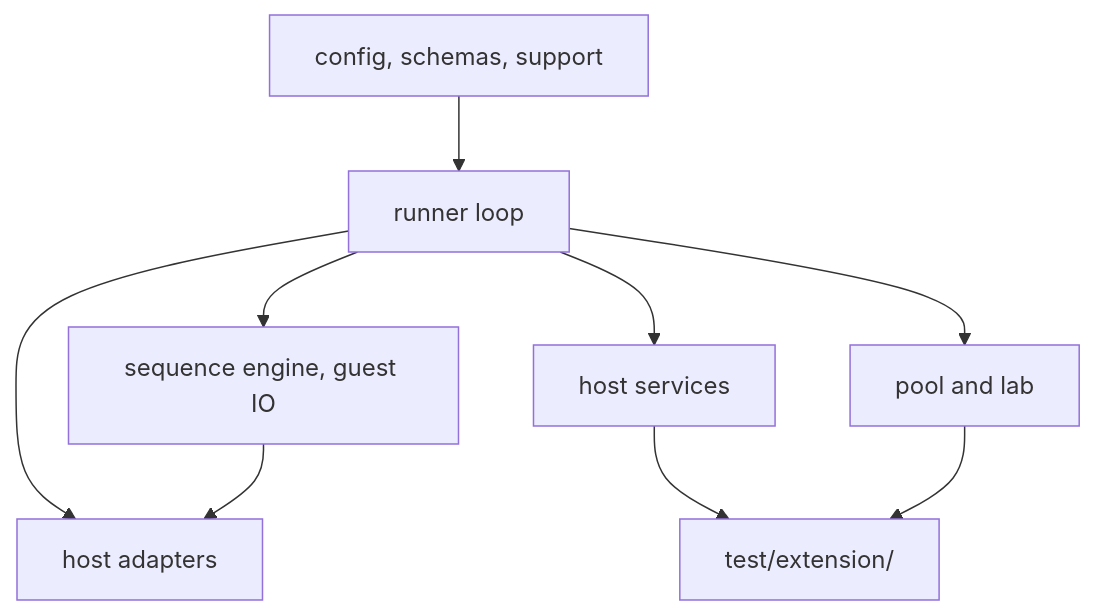
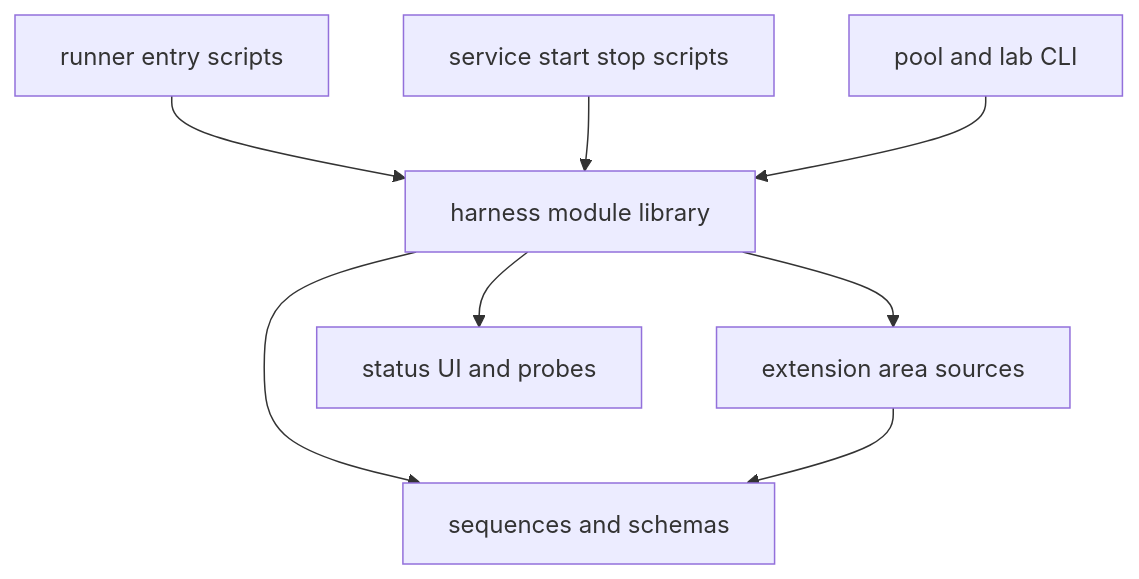
One commit to alissonsol/yuruna changed the sixth of 7 diagrams in docs/design/02-component-breakdown.md. Above: the diagram before and after it, drawn with Mermaid. The commit also changed other lines of this file and 752 other files, not shown here.

````diff
--- a/docs/design/02-component-breakdown.md
+++ b/docs/design/02-component-breakdown.md
@@ -600,19 +561,18 @@
 ```mermaid
 flowchart TD
-    configuration["config, schemas, support"]
-    runner["runner loop"]
-    sequence-engine["sequence engine, guest IO"]
-    host-adapters["host adapters"]
-    host-services["host services"]
-    extensions["test/extension/"]
-    pool-lab["pool and lab"]
+    runner-entrypoints["runner entry scripts"]
+    runner-modules["harness module library"]
+    extension-areas["extension area sources"]
+    sequence-schema-data["sequences and schemas"]
+    service-scripts["service start stop scripts"]
+    pool-lab-cli["pool and lab CLI"]
+    status-ui-check["status UI and probes"]
 
-    configuration --> runner
-    runner --> sequence-engine
-    runner --> host-adapters
-    runner --> host-services
-    sequence-engine --> host-adapters
-    host-services --> extensions
-    runner --> pool-lab
-    pool-lab --> extensions
+    runner-entrypoints --> runner-modules
+    runner-modules --> sequence-schema-data
+    runner-modules --> extension-areas
+    runner-modules --> status-ui-check
+    service-scripts --> runner-modules
+    pool-lab-cli --> runner-modules
+    extension-areas --> sequence-schema-data
 ```
````
